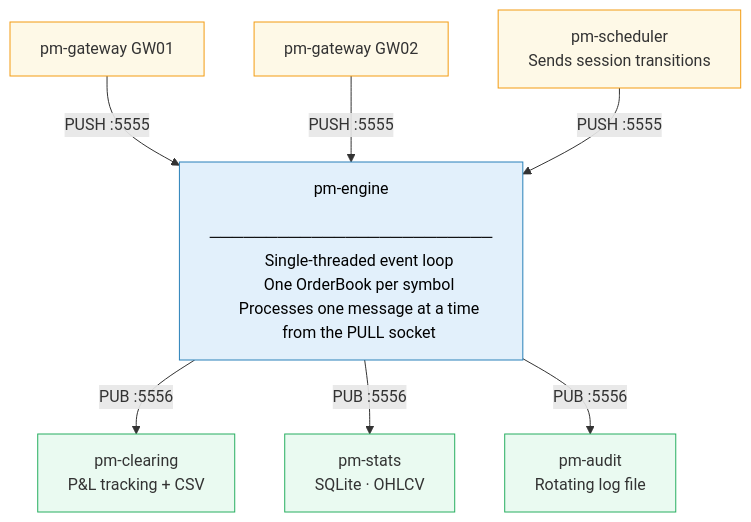
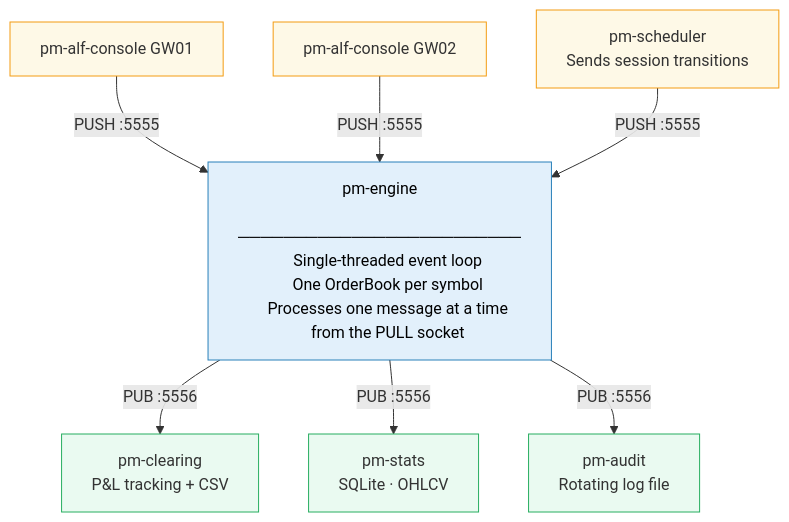
One commit to johan162/EduMatcher changed the eighth of 10 diagrams in docs/architecture/02-architecture-guide.md. Above: the diagram before and after it, drawn with Mermaid. The commit also changed 38 other files, not shown here.

````diff
--- a/docs/architecture/02-architecture-guide.md
+++ b/docs/architecture/02-architecture-guide.md
@@ -1482,34 +1482,34 @@
 ```mermaid
 graph TB
-    GW1["pm-gateway GW01"]
-    GW2["pm-gateway GW02"]
+    GW1["pm-alf-console GW01"]
+    GW2["pm-alf-console GW02"]
     ENG["pm-engine
     ─────────────────────────
     Single-threaded event loop
     One OrderBook per symbol
     Processes one message at a time
     from the PULL socket"]
     CLR["pm-clearing
     P&L tracking + CSV"]
     STA["pm-stats
     SQLite · OHLCV"]
     AUD["pm-audit
     Rotating log file"]
     SCH["pm-scheduler
     Sends session transitions"]
 
     GW1 -- "PUSH :5555" --> ENG
     GW2 -- "PUSH :5555" --> ENG
     SCH -- "PUSH :5555" --> ENG
     ENG -- "PUB :5556" --> CLR
     ENG -- "PUB :5556" --> STA
     ENG -- "PUB :5556" --> AUD
 
     style ENG fill:#e2f0fb,stroke:#2980b9,color:#000
     style GW1 fill:#fef9e7,stroke:#f39c12
     style GW2 fill:#fef9e7,stroke:#f39c12
     style SCH fill:#fef9e7,stroke:#f39c12
     style CLR fill:#eafaf1,stroke:#27ae60
     style STA fill:#eafaf1,stroke:#27ae60
     style AUD fill:#eafaf1,stroke:#27ae60
 ```
````
